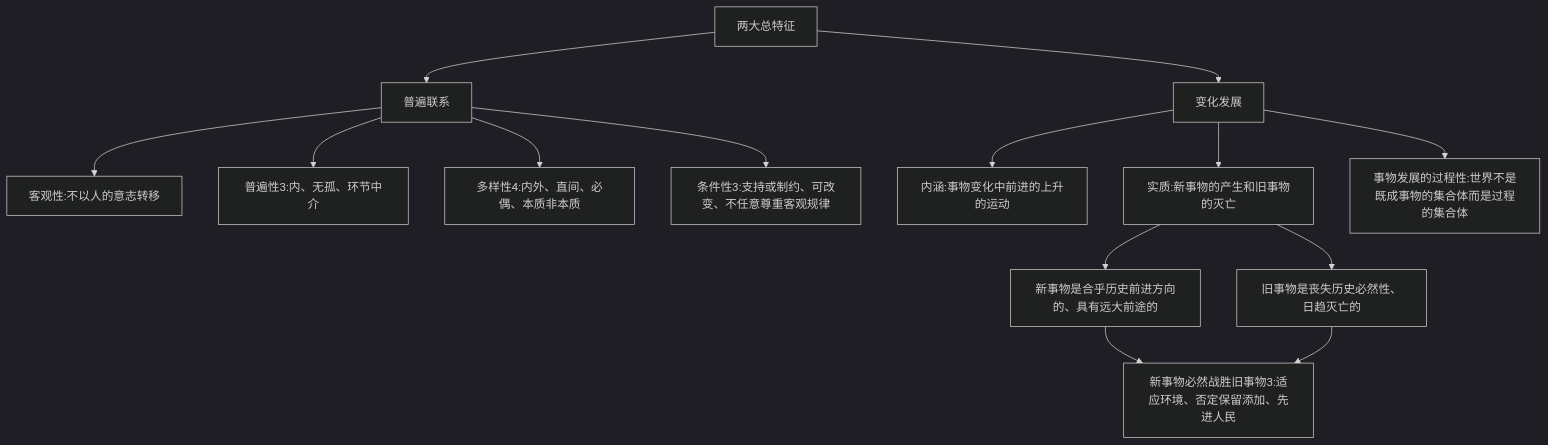
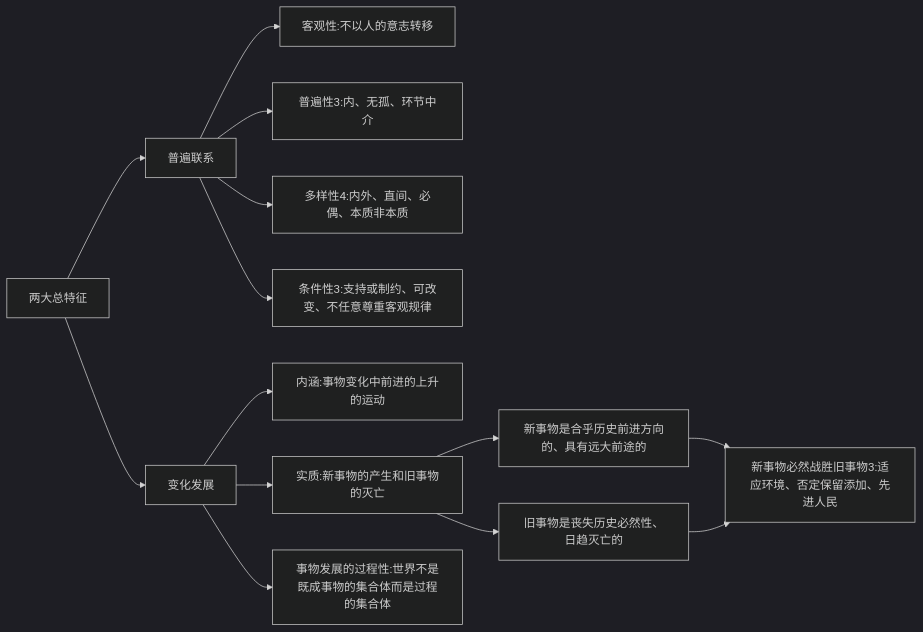
The first of 2 diagrams in docs/马克思主义/马克思主义哲学/唯物辩证法.md (Blacad/blog), drawn with Mermaid (dark theme) before and after one commit. The commit also changed other lines of this file and 4 other files, not shown here.

````diff
--- a/docs/马克思主义/马克思主义哲学/唯物辩证法.md
+++ b/docs/马克思主义/马克思主义哲学/唯物辩证法.md
@@ -9,16 +9,16 @@
 ```mermaid
-graph TD
+graph LR
 	A[两大总特征] --> B[普遍联系]
 	A --> C[变化发展]
 	B --> B1[客观性:不以人的意志转移]
 	B --> B2[普遍性3:内、无孤、环节中介]
 	B --> B3[多样性4:内外、直间、必偶、本质非本质]
 	B --> B4[条件性3:支持或制约、可改变、不任意尊重客观规律]
 	C --> C1[内涵:事物变化中前进的上升的运动]
 	C --> C2[实质:新事物的产生和旧事物的灭亡]
 	C2 --> C21[新事物是合乎历史前进方向的、具有远大前途的]
 	C2 --> C22[旧事物是丧失历史必然性、日趋灭亡的]
 	C21 --> C23[新事物必然战胜旧事物3:适应环境、否定保留添加、先进人民]
 	C22 --> C23
 	C --> C3[事物发展的过程性:世界不是既成事物的集合体而是过程的集合体]
 ```
````
